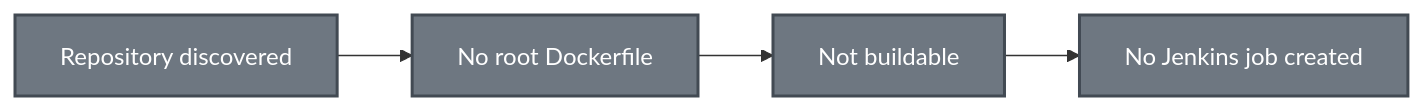
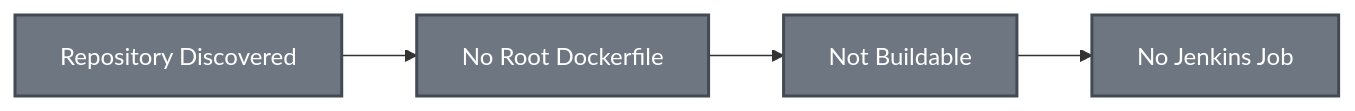
The seventh of 8 diagrams in docs/architecture.md (meghanareddy08/Txstate-DevOps-Assignment), drawn with Mermaid before and after one commit. The commit also changed other lines of this file, not shown here.

Commit message:
Simplify architecture documentation

````diff
--- a/docs/architecture.md
+++ b/docs/architecture.md
@@ -316,9 +197,9 @@
 ```mermaid
 flowchart LR
-    A[Repository discovered] --> B[No root Dockerfile]
-    B --> C[Not buildable]
-    C --> D[No Jenkins job created]
+    A[Repository Discovered] --> B[No Root Dockerfile]
+    B --> C[Not Buildable]
+    C --> D[No Jenkins Job]
 
     classDef filtered fill:#6e7781,color:#ffffff,stroke:#424a53,stroke-width:2px;
     class A,B,C,D filtered;
 ```
````
